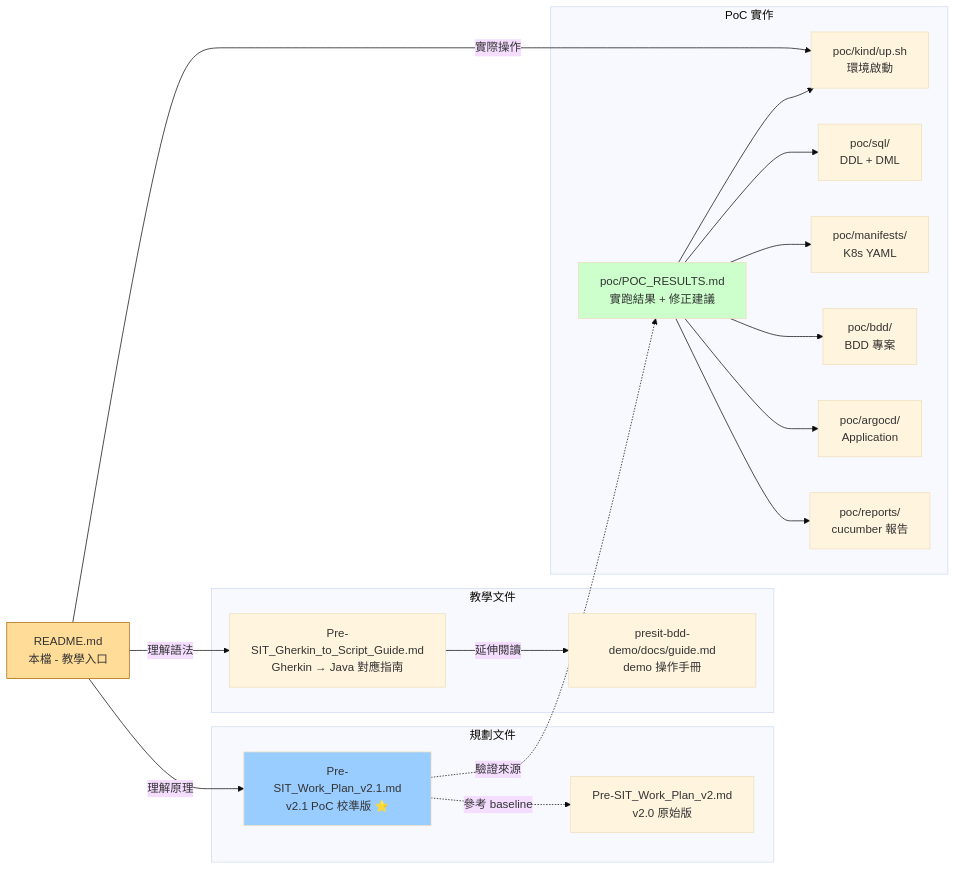
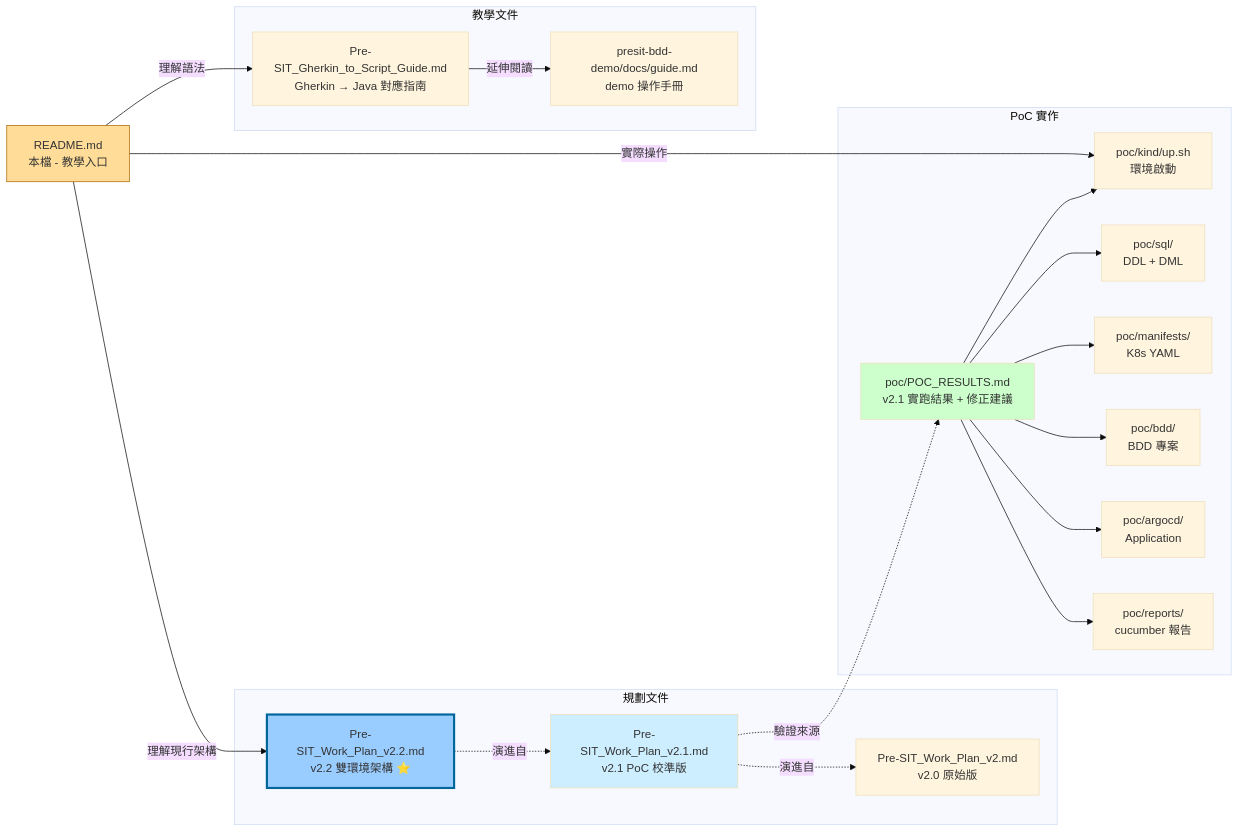
Before and after one commit to ChunPingWang/pre-site-tutorial: diagram 15 of 16 in README.md, drawn with Mermaid (base theme). The commit also changed other lines of this file and 1 other file, not shown here.

First line of the commit message:
新增 v2.2 工作計畫書（雙環境架構）+ 更新 README 文件導覽

````diff
--- a/README.md
+++ b/README.md
@@ -647,41 +647,44 @@
 ```mermaid
 graph LR
     R[README.md<br/>本檔 - 教學入口]
 
     subgraph 規劃文件
         P1[Pre-SIT_Work_Plan_v2.md<br/>v2.0 原始版]
-        P2[Pre-SIT_Work_Plan_v2.1.md<br/>v2.1 PoC 校準版 ⭐]
+        P2[Pre-SIT_Work_Plan_v2.1.md<br/>v2.1 PoC 校準版]
+        P3[Pre-SIT_Work_Plan_v2.2.md<br/>v2.2 雙環境架構 ⭐]
     end
 
     subgraph 教學文件
         G[Pre-SIT_Gherkin_to_Script_Guide.md<br/>Gherkin → Java 對應指南]
         DG[presit-bdd-demo/docs/guide.md<br/>demo 操作手冊]
     end
 
     subgraph PoC 實作
-        PR[poc/POC_RESULTS.md<br/>實跑結果 + 修正建議]
+        PR[poc/POC_RESULTS.md<br/>v2.1 實跑結果 + 修正建議]
         K[poc/kind/up.sh<br/>環境啟動]
         SQL[poc/sql/<br/>DDL + DML]
         M[poc/manifests/<br/>K8s YAML]
         BDD[poc/bdd/<br/>BDD 專案]
         A[poc/argocd/<br/>Application]
         REP[poc/reports/<br/>cucumber 報告]
     end
 
-    R -->|理解原理| P2
+    R -->|理解現行架構| P3
     R -->|理解語法| G
     R -->|實際操作| K
-    P2 -.參考 baseline.-> P1
+    P3 -.演進自.-> P2
+    P2 -.演進自.-> P1
     P2 -.驗證來源.-> PR
     G -->|延伸閱讀| DG
     PR --> K
     PR --> SQL
     PR --> M
     PR --> BDD
     PR --> A
     PR --> REP
 
     style R fill:#fd9,stroke:#a60
-    style P2 fill:#9cf
+    style P3 fill:#9cf,stroke:#069,stroke-width:3px
+    style P2 fill:#cef
     style PR fill:#cfc
 ```
````
